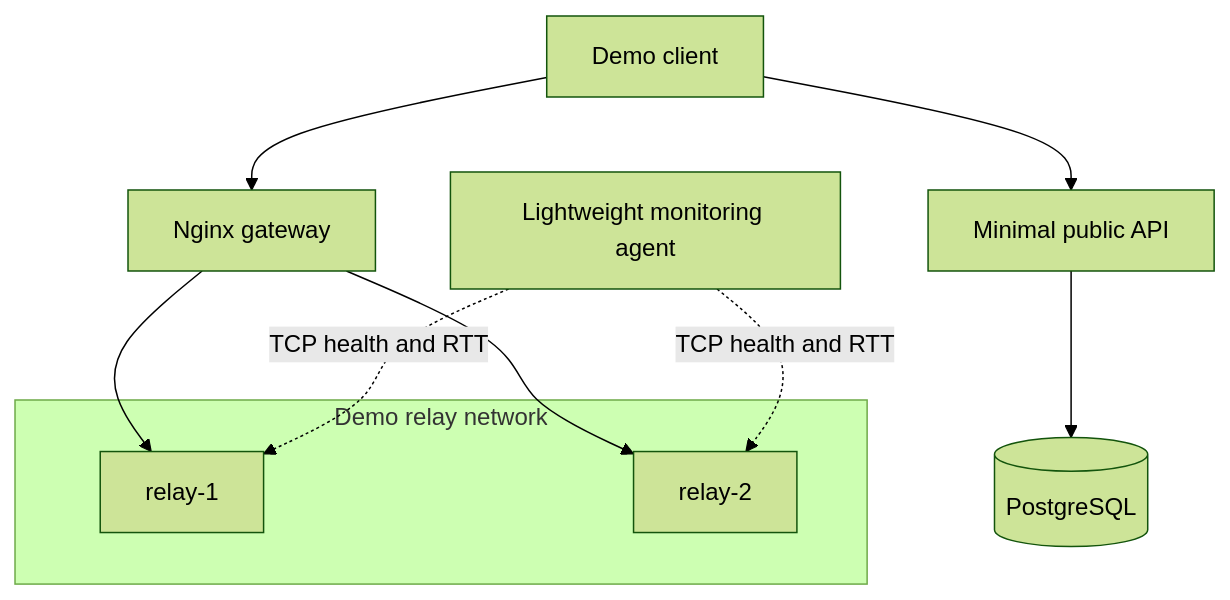
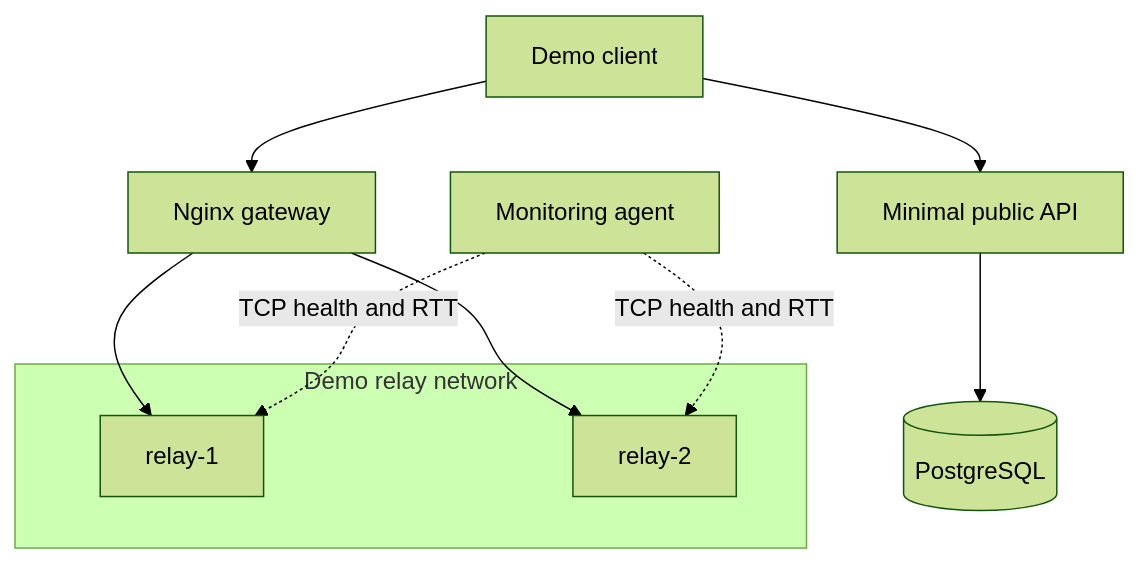
Before and after one commit to downmeansoff/distributed-relay-platform: the third of 4 diagrams in README.md, drawn with Mermaid (forest theme). The commit also changed other lines of this file, not shown here.

````diff
--- a/README.md
+++ b/README.md
@@ -130,20 +212,20 @@
 ```mermaid
 flowchart TD
     CLIENT[Demo client]
     GATEWAY[Nginx gateway]
 
     subgraph Relays[Demo relay network]
         R1[relay-1]
         R2[relay-2]
     end
 
     API[Minimal public API]
     DB[(PostgreSQL)]
-    MON[Lightweight monitoring agent]
+    MON[Monitoring agent]
 
     CLIENT --> GATEWAY
     GATEWAY --> R1 & R2
     CLIENT --> API
     API --> DB
     MON -. TCP health and RTT .-> R1 & R2
 ```
````
